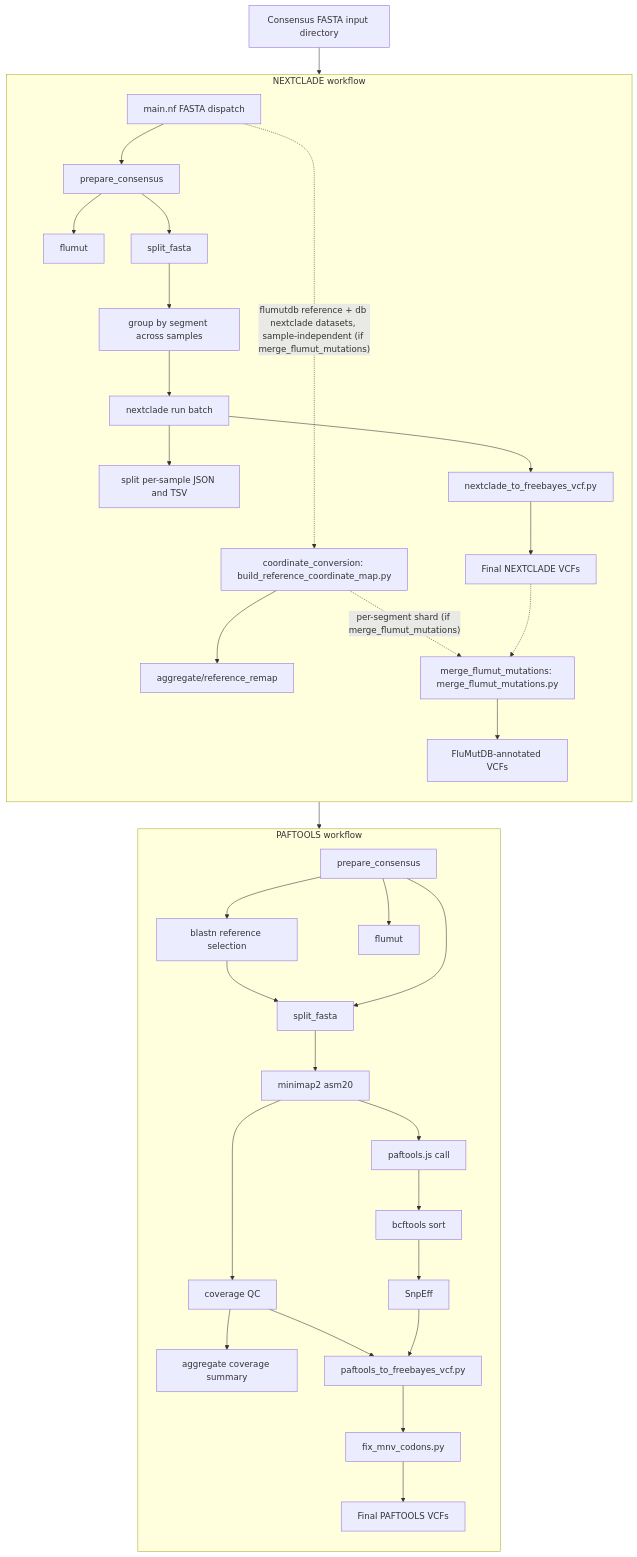
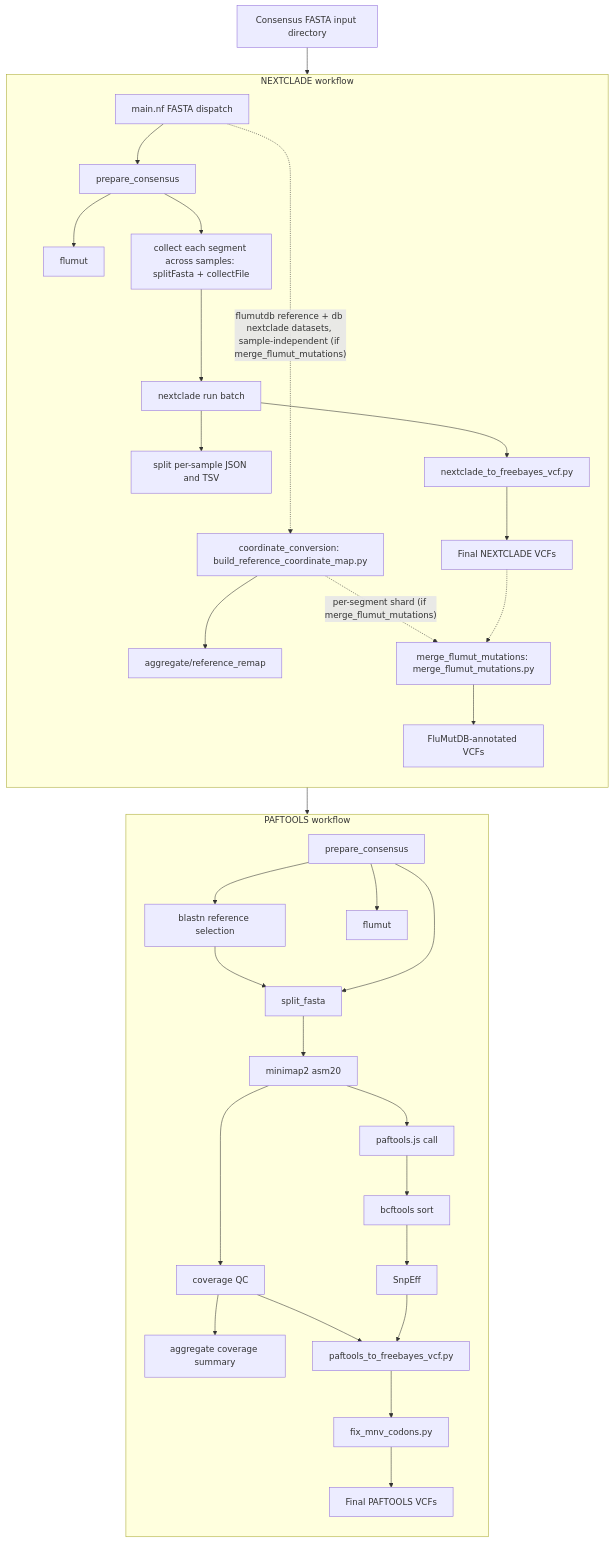
Before and after one commit to BCCDC-PHL/fluscan-nf: the diagram in README.md, drawn with Mermaid. The commit also changed 2 other files, not shown here.

Commit message:
Build Nextclade segment batches with channel operators
splitFasta and collectFile write each segment's batch FASTA in the head
job, replacing a split_fasta task per sample and the header rewrite loop
in nextclade_run_batch.

````diff
--- a/README.md
+++ b/README.md
@@ -44,70 +44,68 @@
 ```mermaid
 flowchart TD
     input[Consensus FASTA input directory]
     dispatch[main.nf FASTA dispatch]
 
     input --> dispatch
     dispatch --> paftools_prepare
     dispatch --> nextclade_prepare
 
     subgraph PAFTOOLS[PAFTOOLS workflow]
         direction TB
         paftools_prepare[prepare_consensus]
         paftools_flumut[flumut]
         blastn[blastn reference selection]
         split_ref[split_fasta]
         minimap[minimap2 asm20]
         covqc[coverage QC]
         covagg[aggregate coverage summary]
         paftools_call[paftools.js call]
         sortvcf[bcftools sort]
         snpeff[SnpEff]
         paf2fb[paftools_to_freebayes_vcf.py]
         fixmnv_paf[fix_mnv_codons.py]
         paf_final[Final PAFTOOLS VCFs]
 
         paftools_prepare --> blastn
         paftools_prepare --> paftools_flumut
         paftools_prepare --> split_ref
         blastn --> split_ref
         split_ref --> minimap
         minimap --> covqc
         covqc --> covagg
         minimap --> paftools_call
         paftools_call --> sortvcf
         sortvcf --> snpeff
         snpeff --> paf2fb
         covqc --> paf2fb
         paf2fb --> fixmnv_paf
         fixmnv_paf --> paf_final
     end
 
     subgraph NEXTCLADE[NEXTCLADE workflow]
         direction TB
         nextclade_prepare[prepare_consensus]
         nextclade_flumut[flumut]
-        split_consensus[split_fasta]
-        groupseg[group by segment across samples]
+        groupseg[collect each segment across samples: splitFasta + collectFile]
         nc_run[nextclade run batch]
         split_results[split per-sample JSON and TSV]
         nc2vcf[nextclade_to_freebayes_vcf.py]
         nc_final[Final NEXTCLADE VCFs]
         coord_map[coordinate_conversion: build_reference_coordinate_map.py]
         coord_final[aggregate/reference_remap]
         flumut_merge[merge_flumut_mutations: merge_flumut_mutations.py]
         flumut_annotated[FluMutDB-annotated VCFs]
 
         nextclade_prepare --> nextclade_flumut
-        nextclade_prepare --> split_consensus
-        split_consensus --> groupseg
+        nextclade_prepare --> groupseg
         groupseg --> nc_run
         nc_run --> split_results
         nc_run --> nc2vcf
         nc2vcf --> nc_final
         dispatch -.->|"flumutdb reference + db nextclade datasets, sample-independent (if merge_flumut_mutations)"| coord_map
         coord_map --> coord_final
         coord_map -.->|"per-segment shard (if merge_flumut_mutations)"| flumut_merge
         nc_final -.-> flumut_merge
         flumut_merge --> flumut_annotated
     end
 ```
````
